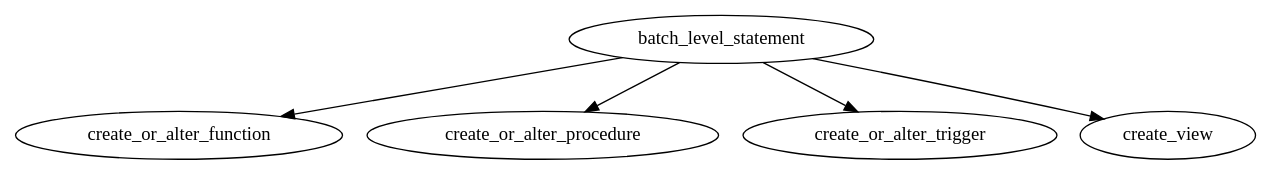
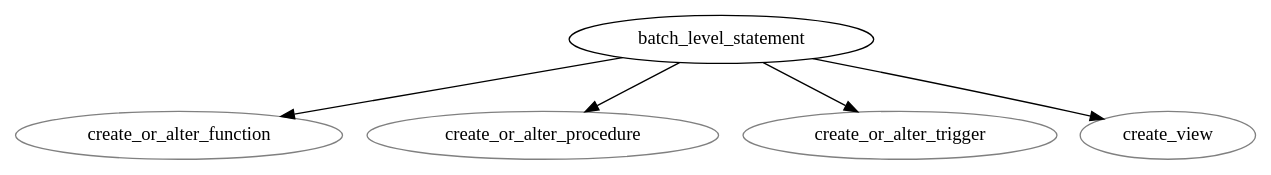
Before and after one commit to Crary-Systems/tree-sitter-tsql: the diagram in docs/roadmap/grammar/batch_level_statement.dot, drawn with Graphviz. The commit also changed 37 other files, not shown here.

Commit message:
Add more work on roadmap and testing for missing roadmap graphs

```diff
--- a/docs/roadmap/grammar/batch_level_statement.dot
+++ b/docs/roadmap/grammar/batch_level_statement.dot
@@ -1,10 +1,19 @@
 digraph {
   batch_level_statement
     [URL="https://github.com/Crary-Systems/tree-sitter-tsql/blob/main/grammar.js#L116"]
 
   //TODO ROADMAP
   batch_level_statement -> create_or_alter_function
   batch_level_statement -> create_or_alter_procedure
   batch_level_statement -> create_or_alter_trigger
   batch_level_statement -> create_view
+
+  create_or_alter_function
+    [color=gray]
+  create_or_alter_procedure
+    [color=gray]
+  create_or_alter_trigger
+    [color=gray]
+  create_view
+    [color=gray]
 }
```
